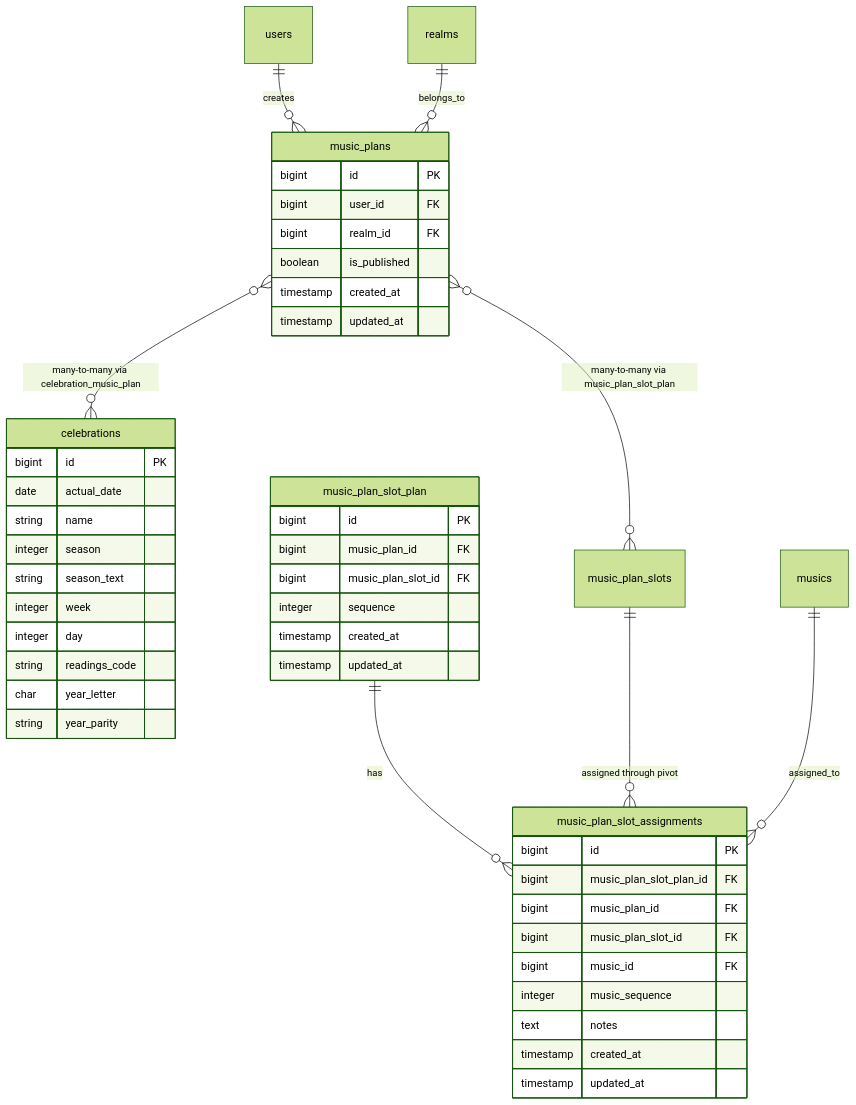
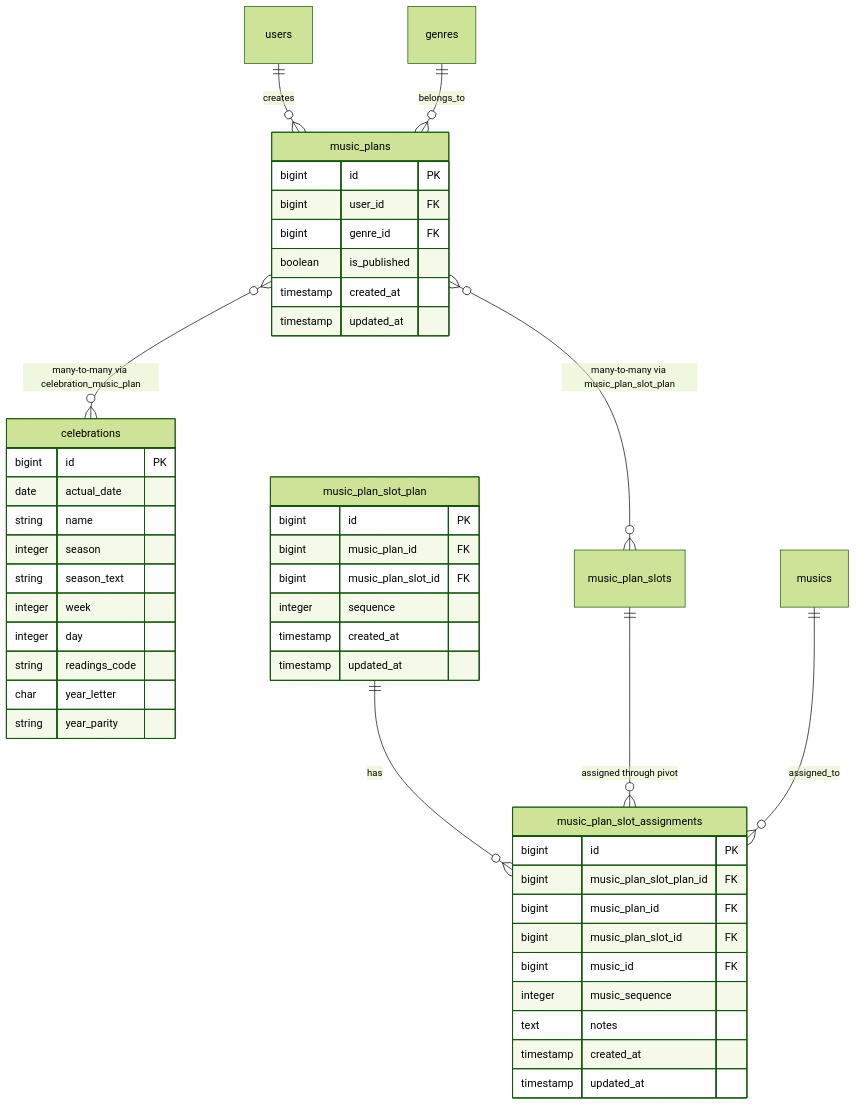
One commit to szentjozsefhackathon/cantores changed the diagram in plans/musicplan-design.md. Above: the diagram before and after it, drawn with Mermaid (forest theme). The commit also changed other lines of this file and 32 other files, not shown here.

First line of the commit message:
Refactor realm references to genre in music-related components and tests

````diff
--- a/plans/musicplan-design.md
+++ b/plans/musicplan-design.md
@@ -91,53 +91,53 @@
 ```mermaid
 erDiagram
     users ||--o{ music_plans : creates
-    realms ||--o{ music_plans : belongs_to
+    genres ||--o{ music_plans : belongs_to
     music_plans }o--o{ celebrations : "many-to-many via celebration_music_plan"
     music_plans }o--o{ music_plan_slots : "many-to-many via music_plan_slot_plan"
     music_plan_slot_plan ||--o{ music_plan_slot_assignments : has
     music_plan_slots ||--o{ music_plan_slot_assignments : "assigned through pivot"
     musics ||--o{ music_plan_slot_assignments : assigned_to
     
     music_plans {
         bigint id PK
         bigint user_id FK
-        bigint realm_id FK
+        bigint genre_id FK
         boolean is_published
         timestamp created_at
         timestamp updated_at
     }
     
     music_plan_slot_plan {
         bigint id PK
         bigint music_plan_id FK
         bigint music_plan_slot_id FK
         integer sequence
         timestamp created_at
         timestamp updated_at
     }
     
     music_plan_slot_assignments {
         bigint id PK
         bigint music_plan_slot_plan_id FK
         bigint music_plan_id FK
         bigint music_plan_slot_id FK
         bigint music_id FK
         integer music_sequence
         text notes
         timestamp created_at
         timestamp updated_at
     }
     
     celebrations {
         bigint id PK
         date actual_date
         string name
         integer season
         string season_text
         integer week
         integer day
         string readings_code
         char year_letter
         string year_parity
     }
 ```
````
